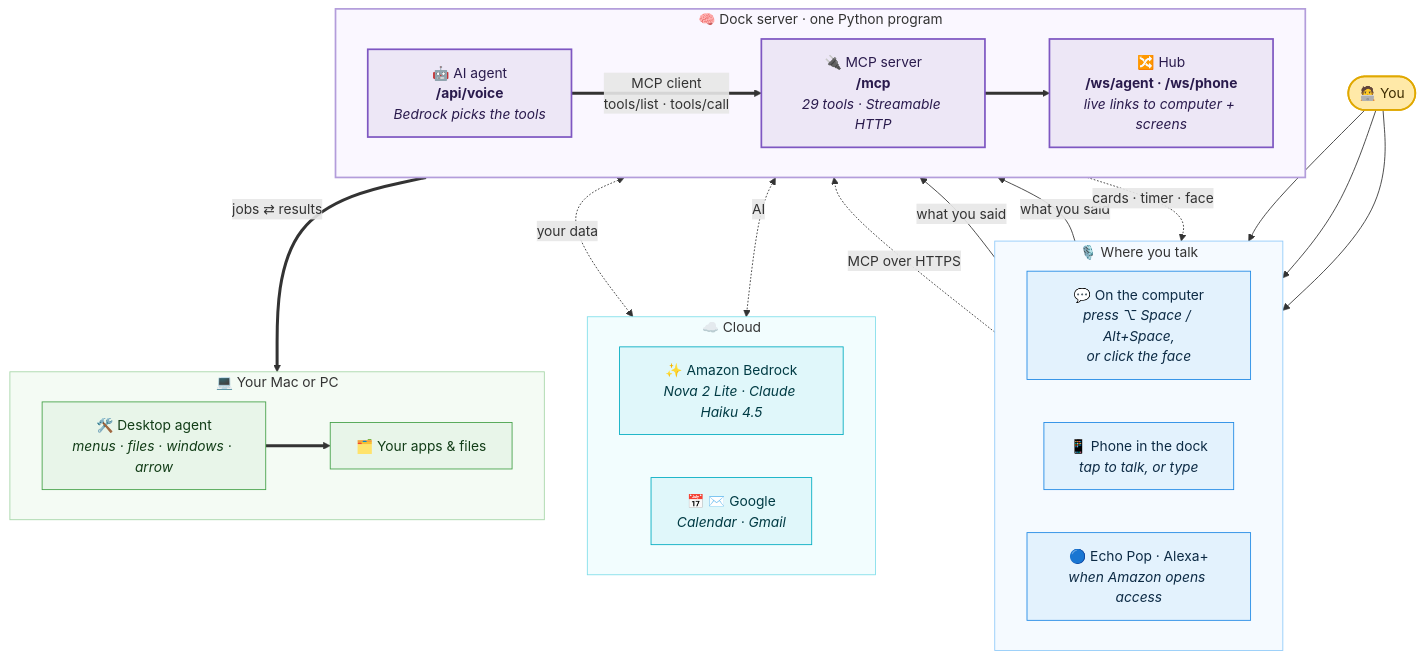
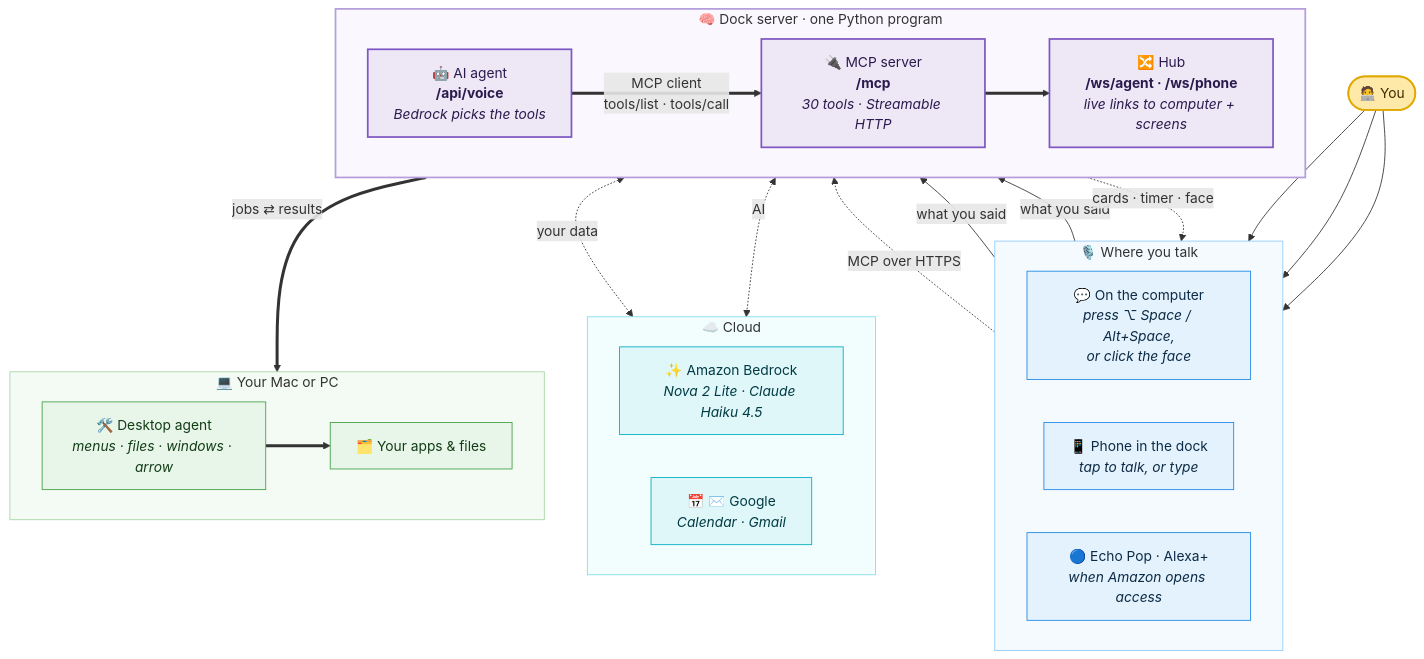
One commit to AndyHuynh24/EchoDock changed the diagram in docs/diagrams/01-architecture.mmd. Above: the diagram before and after it, drawn with Mermaid. The commit also changed 3 other files, not shown here.

Commit message:
Update diagrams to 30 tools

```diff
--- a/docs/diagrams/01-architecture.mmd
+++ b/docs/diagrams/01-architecture.mmd
@@ -1,54 +1,54 @@
 flowchart TB
     you(["🧑‍💻 You"])
 
     subgraph talk ["🎙️ Where you talk"]
         direction LR
         bubble["💬 On the computer<br/><i>press ⌥ Space / Alt+Space,<br/>or click the face</i>"]
         phone["📱 Phone in the dock<br/><i>tap to talk, or type</i>"]
         alexa["🔵 Echo Pop · Alexa+<br/><i>when Amazon opens access</i>"]
     end
 
     subgraph server ["🧠 Dock server · one Python program"]
         direction LR
         brain["🤖 AI agent<br/><b>/api/voice</b><br/><i>Bedrock picks the tools</i>"]
-        mcp["🔌 MCP server<br/><b>/mcp</b><br/><i>29 tools · Streamable HTTP</i>"]
+        mcp["🔌 MCP server<br/><b>/mcp</b><br/><i>30 tools · Streamable HTTP</i>"]
         hub["🔀 Hub<br/><b>/ws/agent · /ws/phone</b><br/><i>live links to computer + screens</i>"]
         brain == "MCP client<br/>tools/list · tools/call" ==> mcp
         mcp ==> hub
     end
 
     subgraph cloud ["☁️ Cloud"]
         direction LR
         bedrock["✨ Amazon Bedrock<br/><i>Nova 2 Lite · Claude Haiku 4.5</i>"]
         google["📅 ✉️ Google<br/><i>Calendar · Gmail</i>"]
     end
 
     subgraph computer ["💻 Your Mac or PC"]
         direction LR
         agent["🛠️ Desktop agent<br/><i>menus · files · windows · arrow</i>"]
         apps["🗂️ Your apps & files"]
         agent ==> apps
     end
 
     you --> bubble & phone & alexa
     bubble & phone -- "what you said" --> brain
     alexa -. "MCP over HTTPS" .-> mcp
     brain <-. "AI" .-> bedrock
     mcp <-. "your data" .-> google
     hub == "jobs ⇄ results" ==> agent
     hub -. "cards · timer · face" .-> talk
 
     classDef person fill:#ffe9a8,stroke:#e0a800,color:#3d2c00,stroke-width:2px
     classDef talky fill:#e3f2fd,stroke:#1e88e5,color:#0d2b45
     classDef core fill:#ede7f6,stroke:#7e57c2,color:#2a1b4d,stroke-width:2px
     classDef cloudy fill:#e0f7fa,stroke:#00acc1,color:#003b44
     classDef pc fill:#e8f5e9,stroke:#43a047,color:#123d17
     class you person
     class bubble,phone,alexa talky
     class brain,mcp,hub core
     class bedrock,google cloudy
     class agent,apps pc
     style talk fill:#f5faff,stroke:#90caf9,stroke-width:1px
     style server fill:#faf7ff,stroke:#b39ddb,stroke-width:2px
     style cloud fill:#f2fdfe,stroke:#80deea,stroke-width:1px
     style computer fill:#f4fbf4,stroke:#a5d6a7,stroke-width:1px
```
